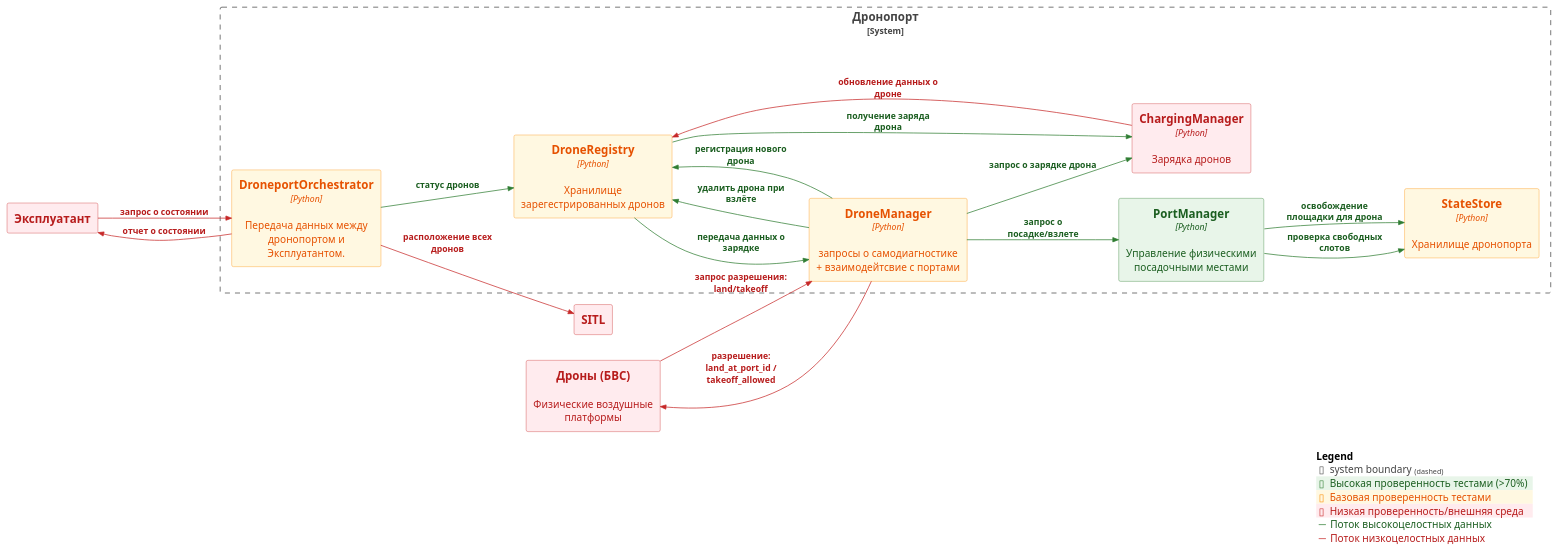
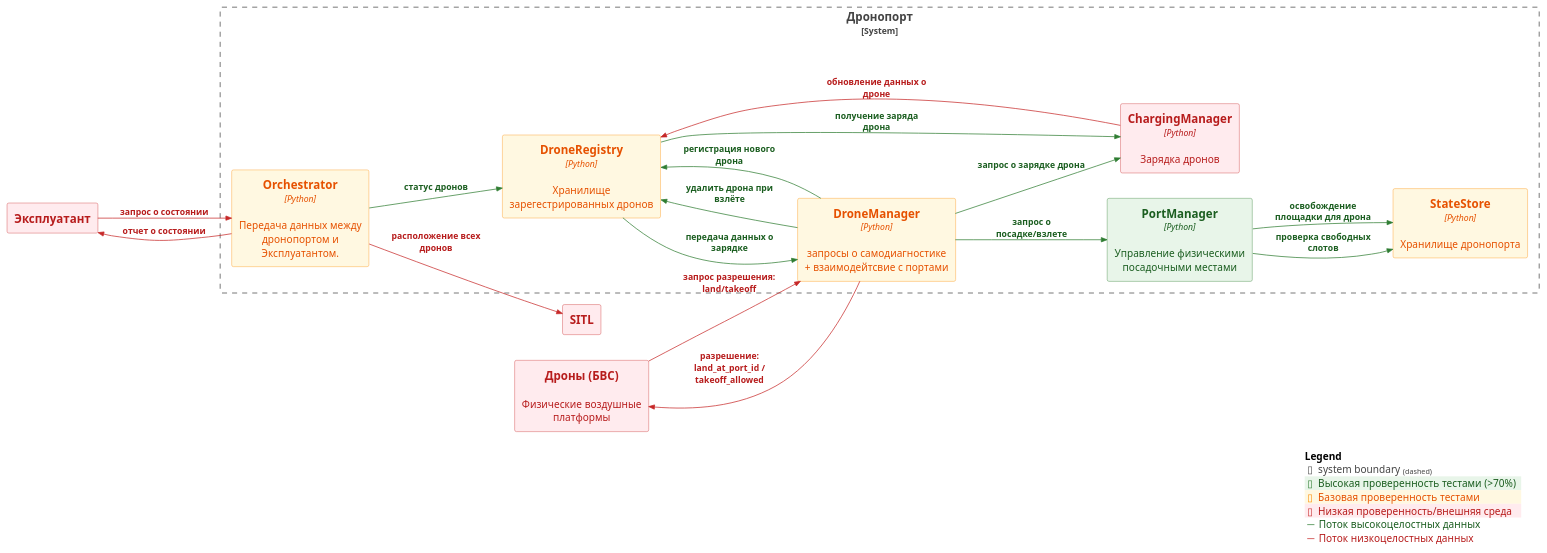
One commit to Kaitrye/DronePortGCS changed the diagram in systems/drone_port/docs/C4 Container.puml. Above: the diagram before and after it, drawn with PlantUML. The commit also changed 26 other files, not shown here.

```diff
--- a/systems/drone_port/docs/C4 Container.puml
+++ b/systems/drone_port/docs/C4 Container.puml
@@ -1,63 +1,63 @@
 @startuml
 !include https://raw.githubusercontent.com/plantuml-stdlib/C4-PlantUML/master/C4_Container.puml  
 LAYOUT_LEFT_RIGHT()
 
 ' === Assurance level styling for elements (3 colors only) ===
 AddElementTag("trusted", $bgColor="#E8F5E9", $fontColor="#1B5E20", $borderColor="#2E7D32", $legendText="Высокая проверенность тестами (>70%)")
 AddElementTag("controlled", $bgColor="#FFF8E1", $fontColor="#E65100", $borderColor="#FB8C00", $legendText="Базовая проверенность тестами")
 AddElementTag("untrusted", $bgColor="#FFEBEE", $fontColor="#B71C1C", $borderColor="#C62828", $legendText="Низкая проверенность/внешняя среда")
 
 ' === Relation styling (2 colors only) ===
 AddRelTag("trusted_flow", $textColor="#1B5E20", $lineColor="#2E7D32", $legendText="Поток высокоцелостных данных")
 AddRelTag("external_flow", $textColor="#B71C1C", $lineColor="#C62828", $legendText="Поток низкоцелостных данных")
 
 ' === External systems ===
 System_Ext(operator, "Эксплуатант", $tags="untrusted")
 System_Ext(sitl, "SITL", $tags="untrusted")
 System_Ext(drones, "Дроны (БВС)", "Физические воздушные платформы", $tags="untrusted")
 
 
 ' === Droneport boundary ===
 System_Boundary(droneport, "Дронопорт") {
     
-    Container(orchestrator, "DroneportOrchestrator", "Python", "Передача данных между дронопортом и Эксплуатантом.", $tags="controlled")
+    Container(orchestrator, "Orchestrator", "Python", "Передача данных между дронопортом и Эксплуатантом.", $tags="controlled")
     Container(drone_mgr, "DroneManager", "Python", "запросы о самодиагностике + взаимодейтсвие с портами", $tags="controlled")
     Container(drone_reg, "DroneRegistry", "Python", "Хранилище зарегестрированных дронов", $tags="controlled")
 
     Container(port_mgr, "PortManager", "Python", "Управление физическими посадочными местами", $tags="trusted")
     Container(charging_mgr, "ChargingManager", "Python", "Зарядка дронов", $tags="untrusted")
     Container(state_store, "StateStore", "Python", "Хранилище дронопорта", $tags="controlled")
 }
 
 ' === Relations: Operator -> Orchestrator ===
 Rel(operator, orchestrator, "запрос о состоянии", $tags="external_flow")
 Rel(orchestrator, operator, "отчет о состоянии", $tags="external_flow")
 
 'SITL'
 Rel(orchestrator, sitl, "расположение всех дронов", $tags="external_flow")
 
 ' === Relations: Orchestrator -> DroneRegistry (Facade) ===
 Rel(orchestrator, drone_reg, "статус дронов", $tags="trusted_flow")
 
 ' === Relations: PortManager -> StateStore ===
 Rel(port_mgr, state_store, "проверка свободных слотов", $tags="trusted_flow")
 Rel(port_mgr, state_store, "освобождение площадки для дрона", $tags="trusted_flow")
 
 ' === DroneManager: permissions only ===
 Rel(drones, drone_mgr, "запрос разрешения: land/takeoff", $tags="external_flow")
 Rel(drone_mgr, drones, "разрешение: land_at_port_id / takeoff_allowed", $tags="external_flow")
 
 ' === Internal component communication (minimal) ===
 Rel(drone_mgr, drone_reg, "удалить дрона при взлёте", $tags="trusted_flow")
 Rel(drone_mgr, port_mgr, "запрос о посадке/взлете", $tags="trusted_flow")
 Rel(drone_mgr, drone_reg, "регистрация нового дрона", $tags="trusted_flow")
 Rel(drone_reg, drone_mgr, "передача данных о зарядке", $tags="trusted_flow")
 Rel(drone_mgr, charging_mgr, "запрос о зарядке дрона", $tags="trusted_flow")
 
 
 Rel(drone_reg, charging_mgr, "получение заряда дрона", $tags="trusted_flow")
 Rel(charging_mgr, drone_reg, "обновление данных о дроне", $tags="external_flow")
 
 
 SHOW_LEGEND()
 @enduml
```
